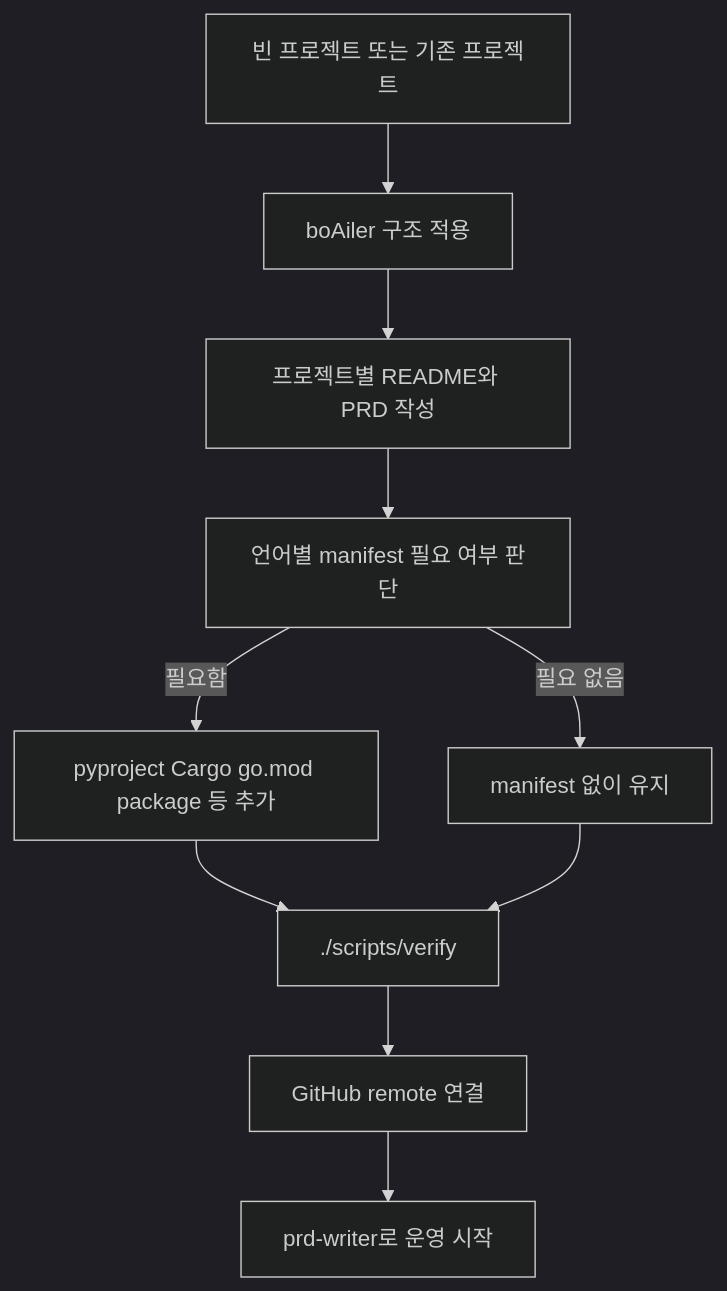
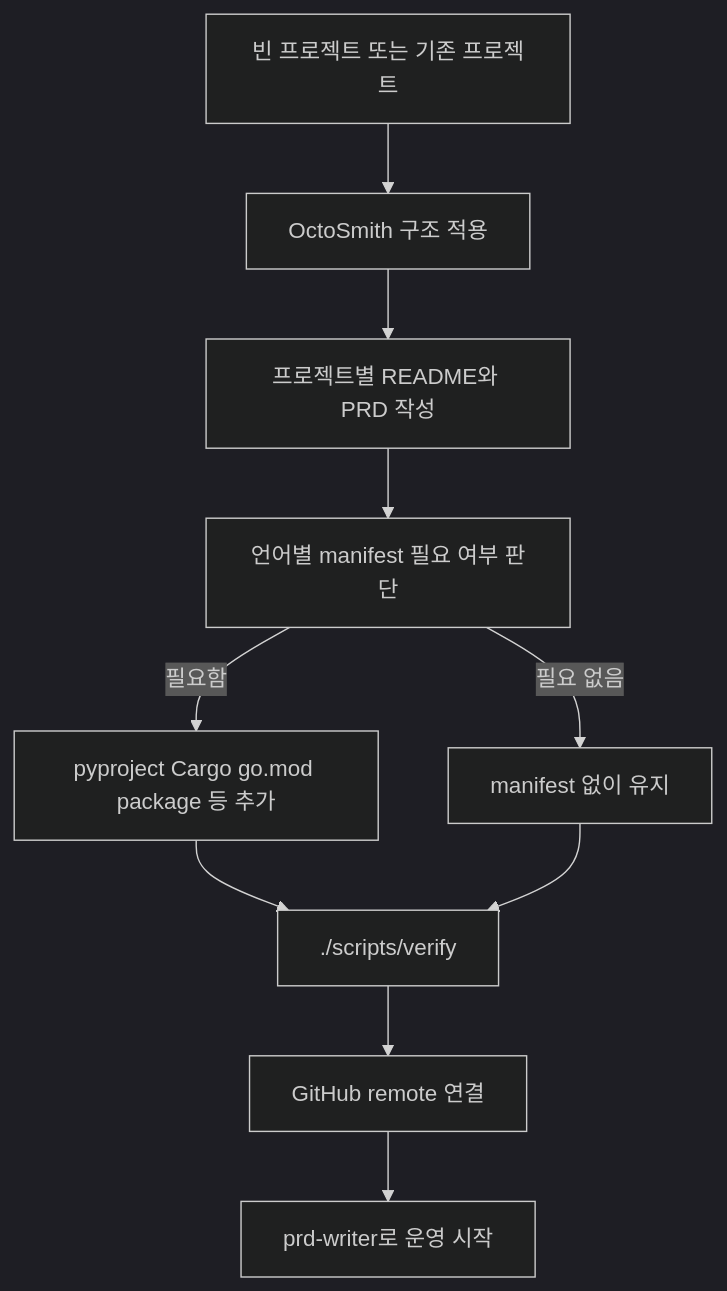
Before and after one commit to limcpf/octosmith: the third of 11 diagrams in README.md, drawn with Mermaid (dark theme). The commit also changed other lines of this file and 2 other files, not shown here.

Commit message:
Rename project to OctoSmith

````diff
--- a/README.md
+++ b/README.md
@@ -94,12 +99,12 @@
 ```mermaid
 flowchart TD
-  A[빈 프로젝트 또는 기존 프로젝트] --> B[boAiler 구조 적용]
+  A[빈 프로젝트 또는 기존 프로젝트] --> B[OctoSmith 구조 적용]
   B --> C[프로젝트별 README와 PRD 작성]
   C --> D[언어별 manifest 필요 여부 판단]
   D -->|필요함| E[pyproject Cargo go.mod package 등 추가]
   D -->|필요 없음| F[manifest 없이 유지]
   E --> G[./scripts/verify]
   F --> G
   G --> H[GitHub remote 연결]
   H --> I[prd-writer로 운영 시작]
 ```
````
